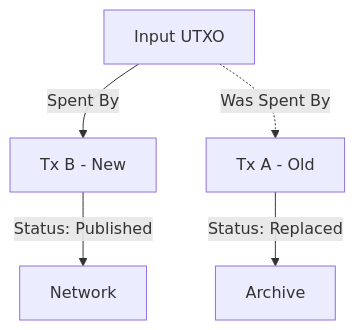
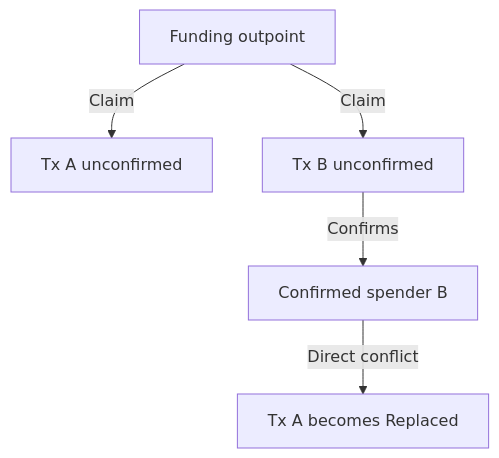
The fifth of 6 diagrams in docs/developer/utxo_data_model.md (btcsuite/btcwallet), drawn with Mermaid before and after one commit. The commit also changed other lines of this file and 3 other files, not shown here.

````diff
--- a/docs/developer/utxo_data_model.md
+++ b/docs/developer/utxo_data_model.md
@@ -245,10 +316,9 @@
 ```mermaid
 graph TD
-    Input[Input UTXO]
-    
-    Input -->|Spent By| TxB[Tx B - New]
-    TxB -->|Status: Published| Network
-    
-    Input -.->|Was Spent By| TxA[Tx A - Old]
-    TxA -->|Status: Replaced| Archive
+    %% Both unconfirmed candidates retain claims on the same funding output.
+    %% Only confirmation establishes the spender and invalidates its competitor.
+    Input[Funding outpoint] -->|Claim| A[Tx A unconfirmed]
+    Input -->|Claim| B[Tx B unconfirmed]
+    B -->|Confirms| Winner[Confirmed spender B]
+    Winner -->|Direct conflict| Replaced[Tx A becomes Replaced]
 ```
````
